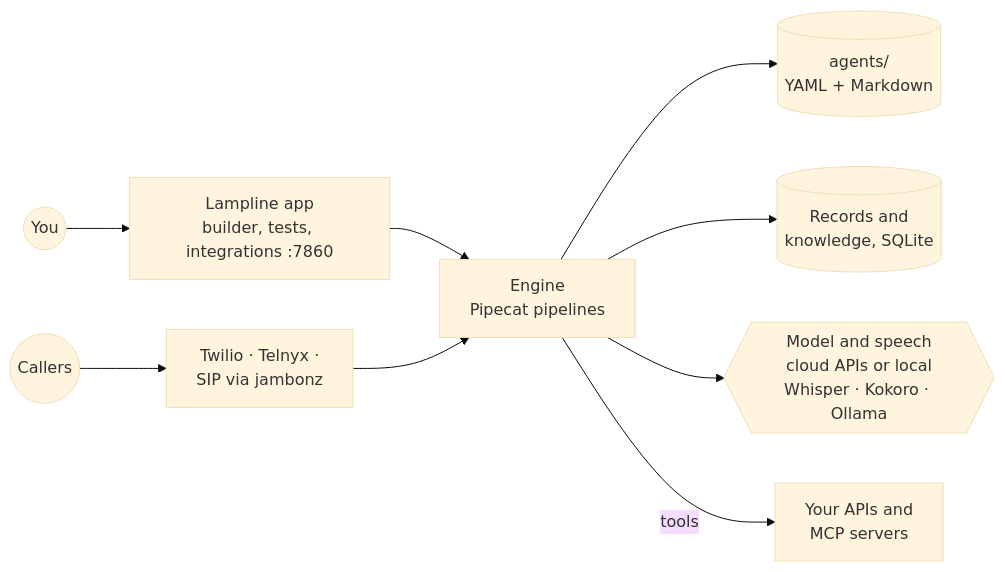
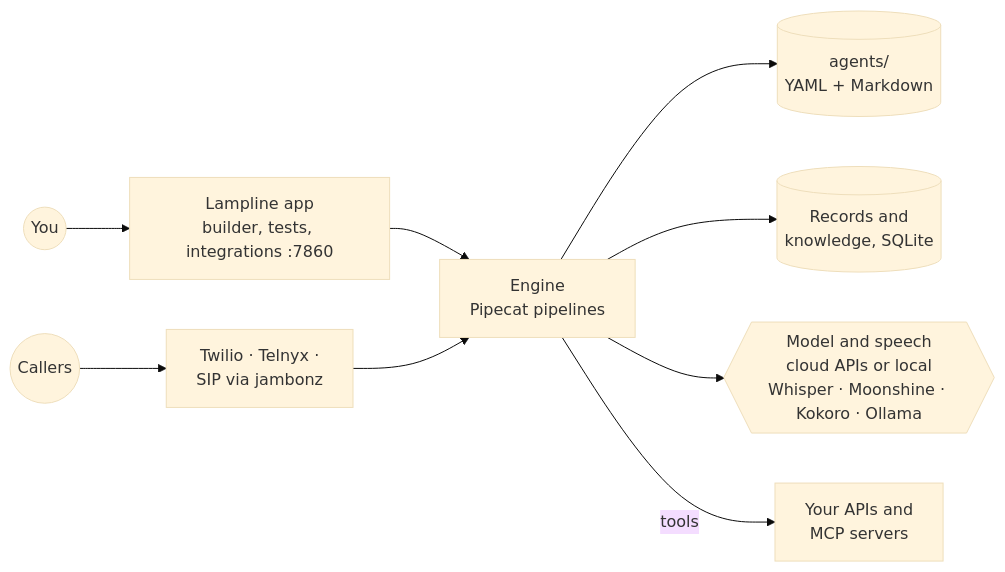
The diagram in README.md (C4rohan/Lampline), drawn with Mermaid (base theme) before and after one commit. The commit also changed other lines of this file and 22 other files, not shown here.

First line of the commit message:
Moonshine: streaming speech to text on this computer

````diff
--- a/README.md
+++ b/README.md
@@ -214,11 +215,11 @@
 ```mermaid
 flowchart LR
   you((You)) --> app[Lampline app<br/>builder, tests, integrations :7860]
   app --> engine[Engine<br/>Pipecat pipelines]
   phone((Callers)) --> carriers[Twilio · Telnyx ·<br/>SIP via jambonz]
   carriers --> engine
   engine --> agents[(agents/<br/>YAML + Markdown)]
   engine --> data[(Records and<br/>knowledge, SQLite)]
-  engine --> models{{Model and speech<br/>cloud APIs or local<br/>Whisper · Kokoro · Ollama}}
+  engine --> models{{Model and speech<br/>cloud APIs or local<br/>Whisper · Moonshine · Kokoro · Ollama}}
   engine -- tools --> hooks[Your APIs and<br/>MCP servers]
 ```
````
